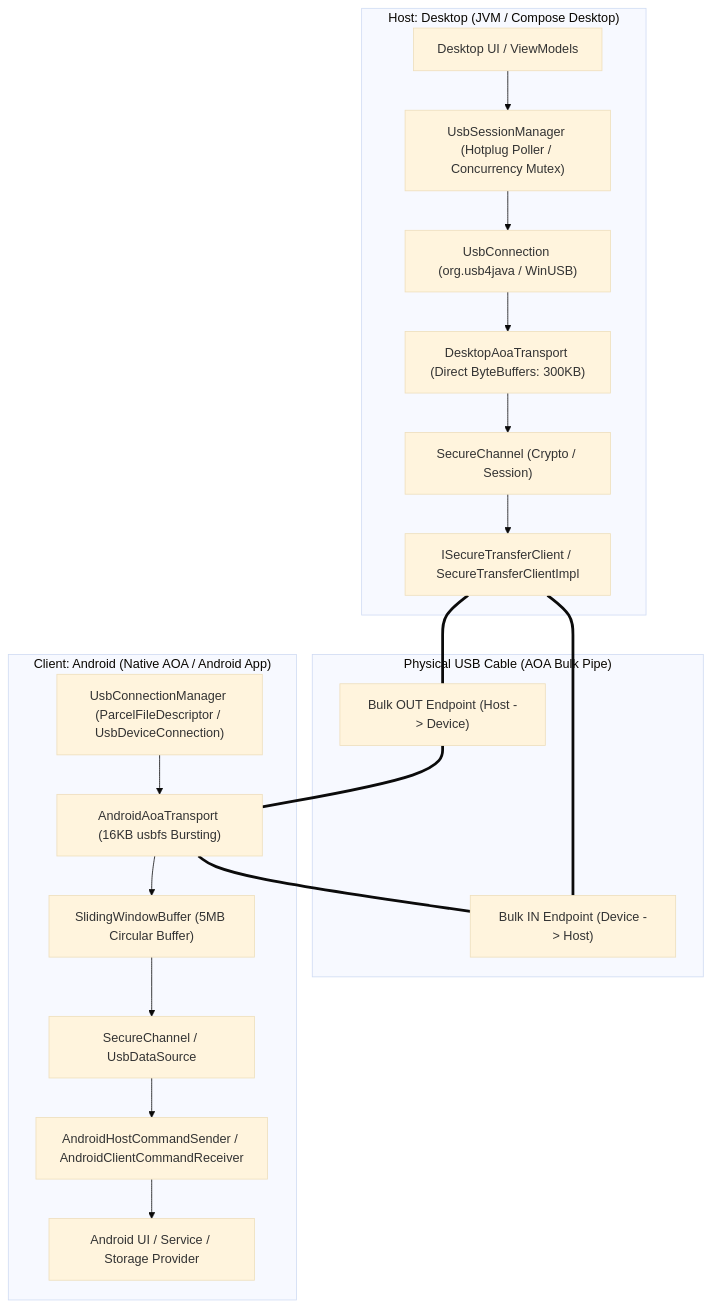
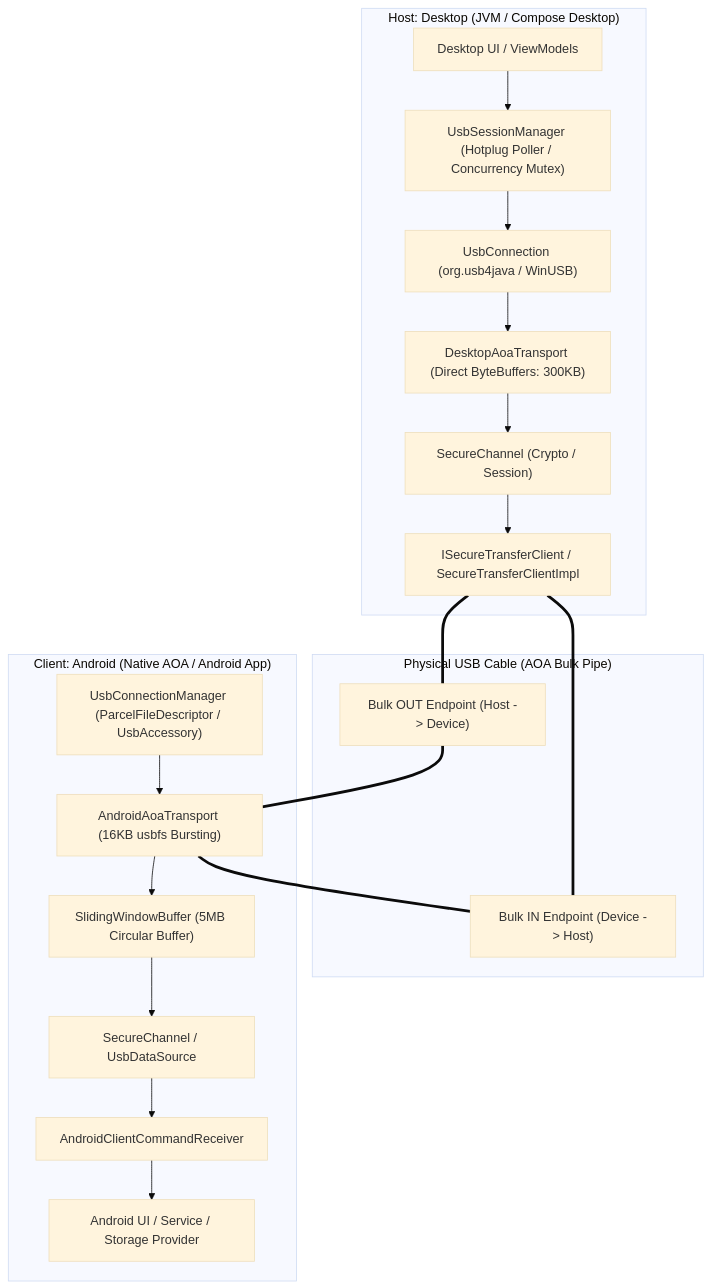
Before and after one commit to kv-shreyas/UsbTransferApp: the first of 5 diagrams in SECUREQT_SDK_PROTOCOL_SPECIFICATION.md, drawn with Mermaid (base theme). The commit also changed 26 other files, not shown here.

First line of the commit message:
Remove Android USB Host mode and restrict the application strictly to Client (AOA Accessory) mode.

````diff
--- a/SECUREQT_SDK_PROTOCOL_SPECIFICATION.md
+++ b/SECUREQT_SDK_PROTOCOL_SPECIFICATION.md
@@ -11,41 +11,41 @@
 ```mermaid
 flowchart TD
     subgraph Host["Host: Desktop (JVM / Compose Desktop)"]
         UI_Desktop["Desktop UI / ViewModels"]
         USM["UsbSessionManager (Hotplug Poller / Concurrency Mutex)"]
         UC["UsbConnection (org.usb4java / WinUSB)"]
         DAT["DesktopAoaTransport (Direct ByteBuffers: 300KB)"]
         SC_D["SecureChannel (Crypto / Session)"]
         STC_D["ISecureTransferClient / SecureTransferClientImpl"]
     end
 
     subgraph PhysicalWire["Physical USB Cable (AOA Bulk Pipe)"]
         BULK_OUT["Bulk OUT Endpoint (Host -> Device)"]
         BULK_IN["Bulk IN Endpoint (Device -> Host)"]
     end
 
     subgraph Client["Client: Android (Native AOA / Android App)"]
-        STC_A["AndroidHostCommandSender / AndroidClientCommandReceiver"]
+        STC_A["AndroidClientCommandReceiver"]
         SC_A["SecureChannel / UsbDataSource"]
         SWB["SlidingWindowBuffer (5MB Circular Buffer)"]
         AAT["AndroidAoaTransport (16KB usbfs Bursting)"]
-        UCM["UsbConnectionManager (ParcelFileDescriptor / UsbDeviceConnection)"]
+        UCM["UsbConnectionManager (ParcelFileDescriptor / UsbAccessory)"]
         UI_Android["Android UI / Service / Storage Provider"]
     end
 
     UI_Desktop --> USM
     USM --> UC
     UC --> DAT
     DAT --> SC_D
     SC_D --> STC_D
     STC_D === BULK_OUT
     BULK_IN === STC_D
 
     BULK_OUT === AAT
     AAT === BULK_IN
     AAT --> SWB
     SWB --> SC_A
     SC_A --> STC_A
     UCM --> AAT
     STC_A --> UI_Android
 ```
````
